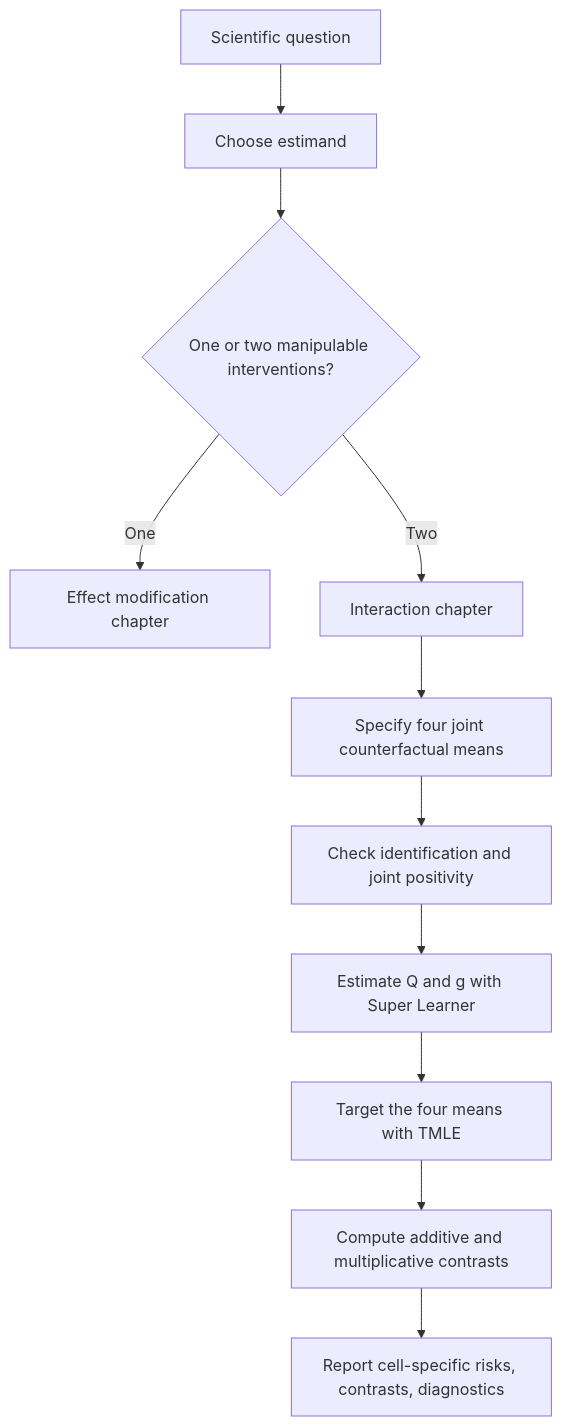
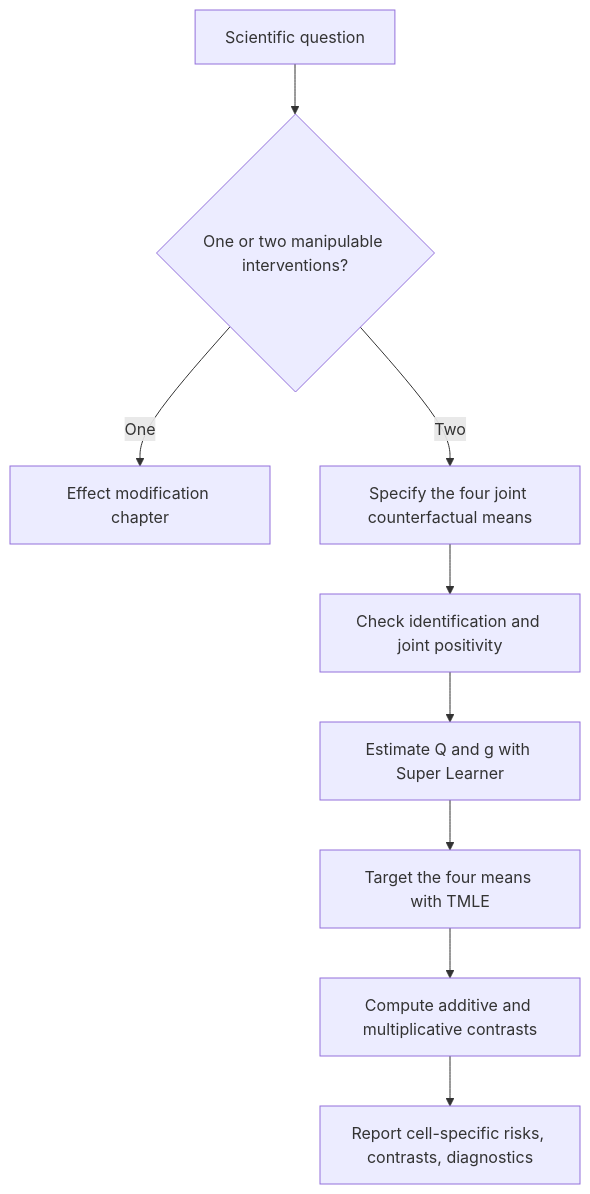
Before and after one commit to amertens/causal-learning-handbook: the diagram in 03-04b-interactions-rwe.qmd, drawn with Mermaid. The commit also changed other lines of this file, not shown here.

First line of the commit message:
Trim the interactions chapter by half

````diff
--- a/03-04b-interactions-rwe.qmd
+++ b/03-04b-interactions-rwe.qmd
@@ -781,13 +206,11 @@
 ```{mermaid}
 flowchart TD
-    A[Scientific question] --> B[Choose estimand]
-    B --> C{One or two manipulable interventions?}
+    A[Scientific question] --> C{One or two manipulable interventions?}
     C -->|One| D[Effect modification chapter]
-    C -->|Two| E[Interaction chapter]
-    E --> F[Specify four joint counterfactual means]
+    C -->|Two| F[Specify the four joint counterfactual means]
     F --> G[Check identification and joint positivity]
     G --> H[Estimate Q and g with Super Learner]
     H --> I[Target the four means with TMLE]
     I --> J[Compute additive and multiplicative contrasts]
     J --> K[Report cell-specific risks, contrasts, diagnostics]
 ```
````
